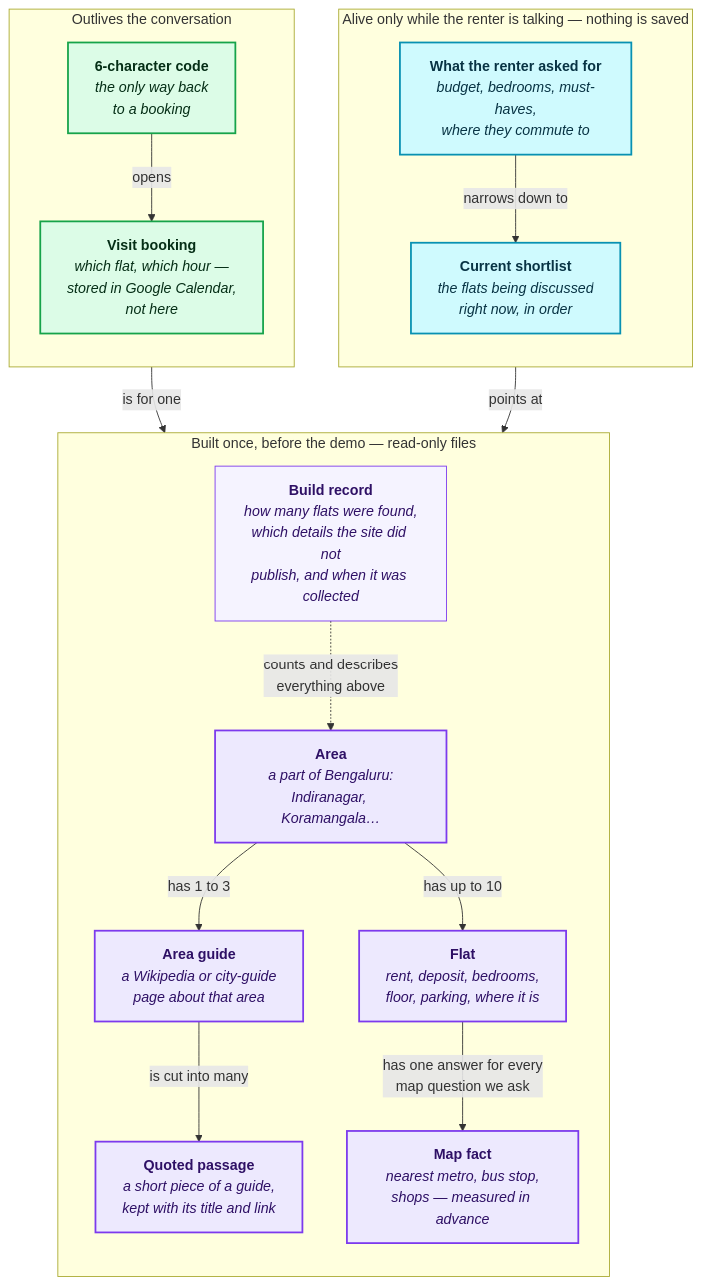
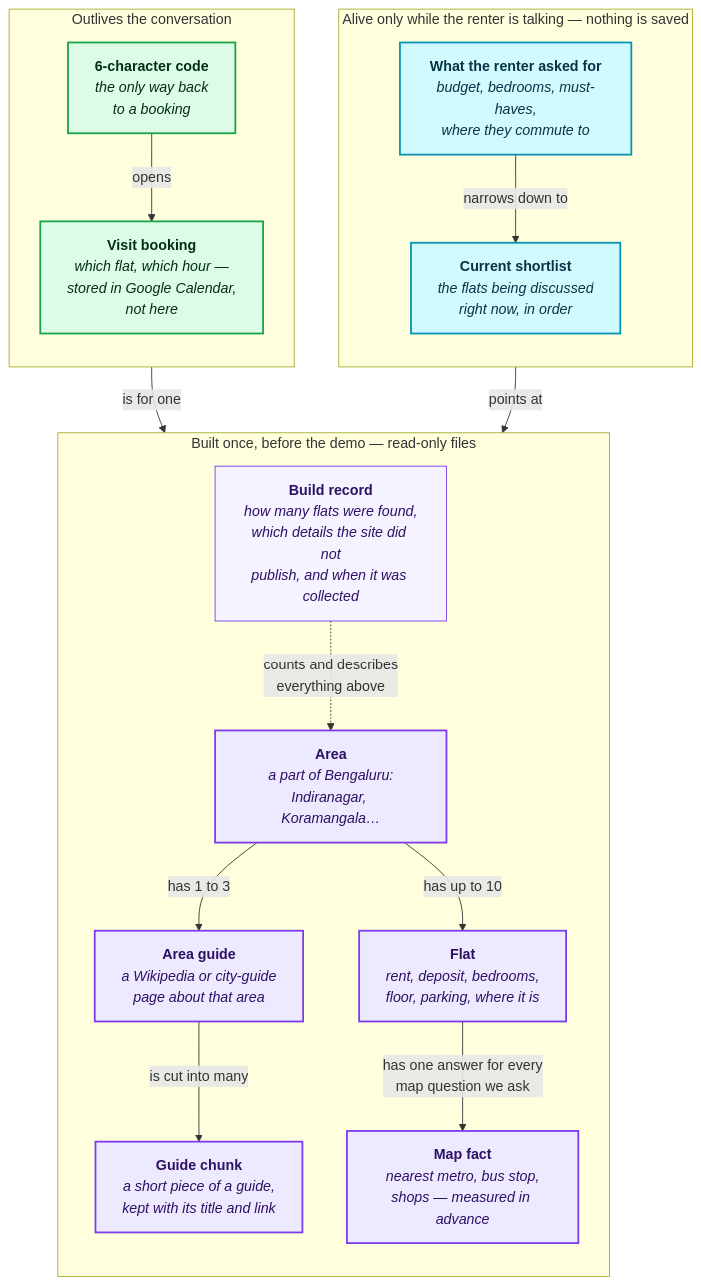
Before and after one commit to KarthikBattaram19/Capstone_Project_Next_Leap: the seventh of 22 diagrams in Docs/Architecture.md, drawn with Mermaid. The commit also changed other lines of this file and 10 other files, not shown here.

First line of the commit message:
docs: let RAG name the technique only; its artefacts become guide index / guide chunk

````diff
--- a/Docs/Architecture.md
+++ b/Docs/Architecture.md
@@ -306,44 +306,44 @@
 ```mermaid
 flowchart TB
     subgraph BUILT["Built once, before the demo — read-only files"]
         direction TB
         LOC["<b>Area</b><br/><i>a part of Bengaluru:<br/>Indiranagar, Koramangala…</i>"]
         FLAT["<b>Flat</b><br/><i>rent, deposit, bedrooms,<br/>floor, parking, where it is</i>"]
         MAPF["<b>Map fact</b><br/><i>nearest metro, bus stop,<br/>shops — measured in advance</i>"]
         GUIDE["<b>Area guide</b><br/><i>a Wikipedia or city-guide<br/>page about that area</i>"]
-        PASS["<b>Quoted passage</b><br/><i>a short piece of a guide,<br/>kept with its title and link</i>"]
+        PASS["<b>Guide chunk</b><br/><i>a short piece of a guide,<br/>kept with its title and link</i>"]
         REC["<b>Build record</b><br/><i>how many flats were found,<br/>which details the site did not<br/>publish, and when it was collected</i>"]
     end
 
     subgraph LIVE["Alive only while the renter is talking — nothing is saved"]
         direction TB
         WANT["<b>What the renter asked for</b><br/><i>budget, bedrooms, must-haves,<br/>where they commute to</i>"]
         SHORT["<b>Current shortlist</b><br/><i>the flats being discussed<br/>right now, in order</i>"]
     end
 
     subgraph KEEP["Outlives the conversation"]
         direction TB
         BOOK["<b>Visit booking</b><br/><i>which flat, which hour —<br/>stored in Google Calendar,<br/>not here</i>"]
         CODE["<b>6-character code</b><br/><i>the only way back<br/>to a booking</i>"]
     end
 
     LOC -->|"has up to 10"| FLAT
     LOC -->|"has 1 to 3"| GUIDE
     GUIDE -->|"is cut into many"| PASS
     FLAT -->|"has one answer for every<br/>map question we ask"| MAPF
     REC -.->|"counts and describes<br/>everything above"| LOC
 
     WANT -->|"narrows down to"| SHORT
     SHORT -->|"points at"| FLAT
     BOOK -->|"is for one"| FLAT
     CODE -->|"opens"| BOOK
 
     classDef built fill:#ede9fe,stroke:#7c3aed,stroke-width:2px,color:#2e1065
     classDef record fill:#f5f3ff,stroke:#7c3aed,stroke-width:1px,color:#2e1065
     classDef live fill:#cffafe,stroke:#0891b2,stroke-width:2px,color:#083344
     classDef keep fill:#dcfce7,stroke:#16a34a,stroke-width:2px,color:#052e16
     class LOC,FLAT,MAPF,GUIDE,PASS built
     class REC record
     class WANT,SHORT live
     class BOOK,CODE keep
 ```
````
